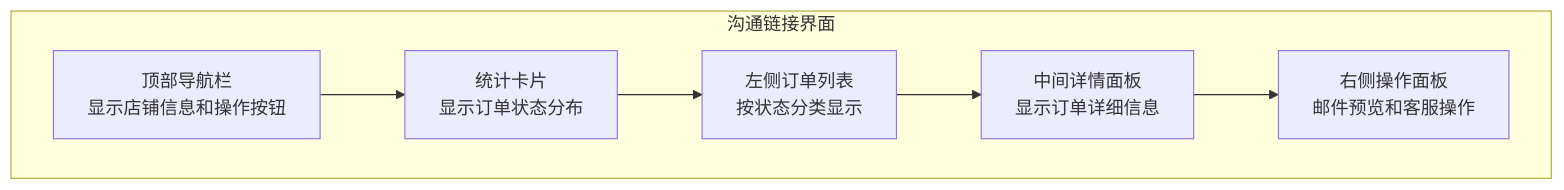
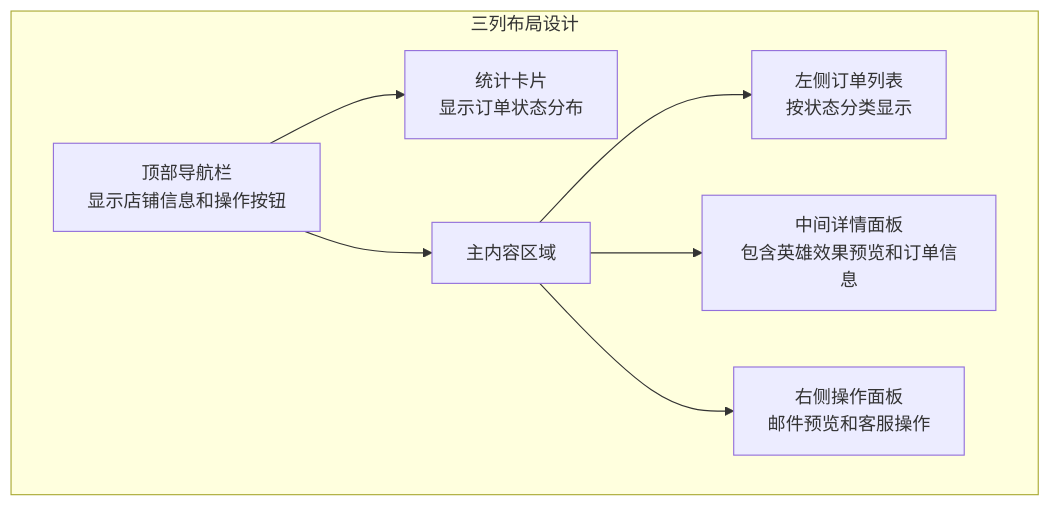
Before and after one commit to SY6621/POD-Order-Management: the seventh of 12 diagrams in .qoder/repowiki/zh/content/开发指南/客服外链双链接系统.md, drawn with Mermaid. The commit also changed other lines of this file and 11 other files, not shown here.

````diff
--- a/.qoder/repowiki/zh/content/开发指南/客服外链双链接系统.md
+++ b/.qoder/repowiki/zh/content/开发指南/客服外链双链接系统.md
@@ -389,14 +414,16 @@
 ```mermaid
 graph TB
-subgraph "沟通链接界面"
+subgraph "三列布局设计"
 Header[顶部导航栏<br/>显示店铺信息和操作按钮]
 Stats[统计卡片<br/>显示订单状态分布]
+MainContent[主内容区域]
 LeftPanel[左侧订单列表<br/>按状态分类显示]
-CenterPanel[中间详情面板<br/>显示订单详细信息]
+CenterPanel[中间详情面板<br/>包含英雄效果预览和订单信息]
 RightPanel[右侧操作面板<br/>邮件预览和客服操作]
 end
 Header --> Stats
-Stats --> LeftPanel
-LeftPanel --> CenterPanel
-CenterPanel --> RightPanel
+Header --> MainContent
+MainContent --> LeftPanel
+MainContent --> CenterPanel
+MainContent --> RightPanel
 ```
````
